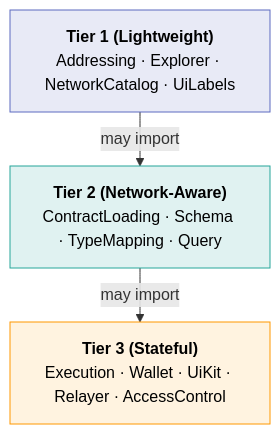
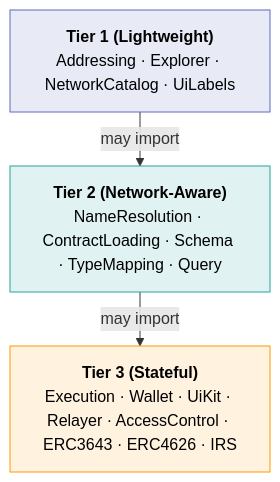
The second of 5 diagrams in content/tools/uikit/architecture.mdx (OpenZeppelin/docs), drawn with Mermaid before and after one commit. The commit also changed other lines of this file and 9 other files, not shown here.

First line of the commit message:
Document 17 capabilities, ENS name resolution, and RWA caps.

````diff
--- a/content/tools/uikit/architecture.mdx
+++ b/content/tools/uikit/architecture.mdx
@@ -57,13 +57,13 @@
 ```mermaid
 %%{init: {'flowchart': {'nodeSpacing': 30, 'rankSpacing': 30}} }%%
 flowchart TD
   T1["<b>Tier 1 (Lightweight)</b><br/>Addressing · Explorer · NetworkCatalog · UiLabels"]
-  T2["<b>Tier 2 (Network-Aware)</b><br/>ContractLoading · Schema · TypeMapping · Query"]
-  T3["<b>Tier 3 (Stateful)</b><br/>Execution · Wallet · UiKit · Relayer · AccessControl"]
+  T2["<b>Tier 2 (Network-Aware)</b><br/>NameResolution · ContractLoading · Schema · TypeMapping · Query"]
+  T3["<b>Tier 3 (Stateful)</b><br/>Execution · Wallet · UiKit · Relayer · AccessControl · ERC3643 · ERC4626 · IRS"]
 
   T1 --"may import"--> T2 --"may import"--> T3
 
   style T1 fill:#e8eaf6,stroke:#5c6bc0,color:#000
   style T2 fill:#e0f2f1,stroke:#26a69a,color:#000
   style T3 fill:#fff3e0,stroke:#ff9800,color:#000
 ```
````
